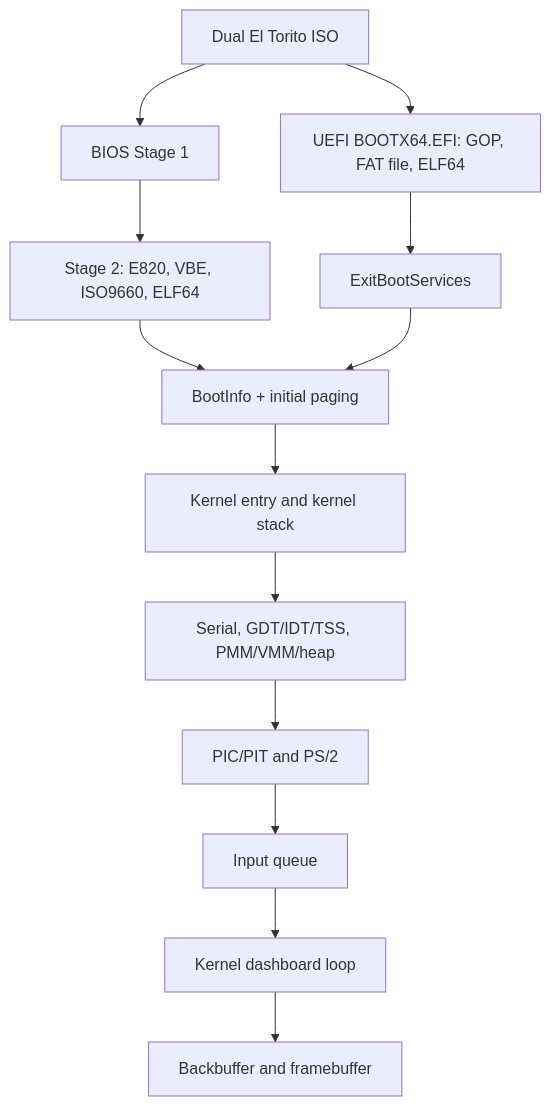
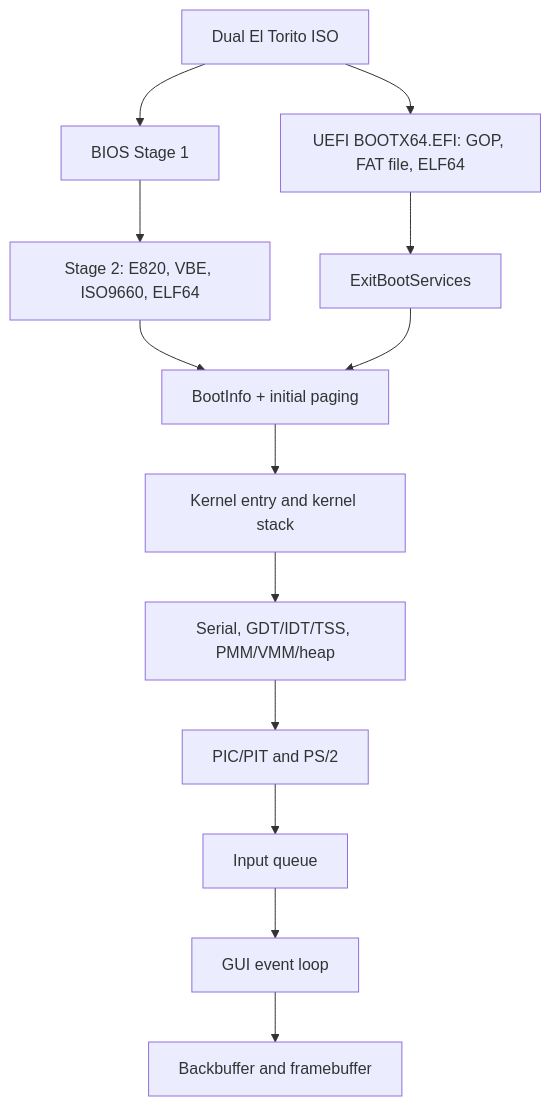
The diagram in ARCHITECTURE.md (duclam2011dz/LamOS), drawn with Mermaid before and after one commit. The commit also changed other lines of this file and 12 other files, not shown here.

````diff
--- a/ARCHITECTURE.md
+++ b/ARCHITECTURE.md
@@ -7,15 +7,15 @@
 ```mermaid
 flowchart TD
   ISO[Dual El Torito ISO] --> BIOS[BIOS Stage 1]
   BIOS --> S2[Stage 2: E820, VBE, ISO9660, ELF64]
   ISO --> EFI[UEFI BOOTX64.EFI: GOP, FAT file, ELF64]
   S2 --> HANDOFF[BootInfo + initial paging]
   EFI --> EXIT[ExitBootServices]
   EXIT --> HANDOFF
   HANDOFF --> ENTRY[Kernel entry and kernel stack]
   ENTRY --> CORE[Serial, GDT/IDT/TSS, PMM/VMM/heap]
   CORE --> DEV[PIC/PIT and PS/2]
   DEV --> QUEUE[Input queue]
-  QUEUE --> LOOP[Kernel dashboard loop]
+  QUEUE --> LOOP[GUI event loop]
   LOOP --> FB[Backbuffer and framebuffer]
 ```
````
